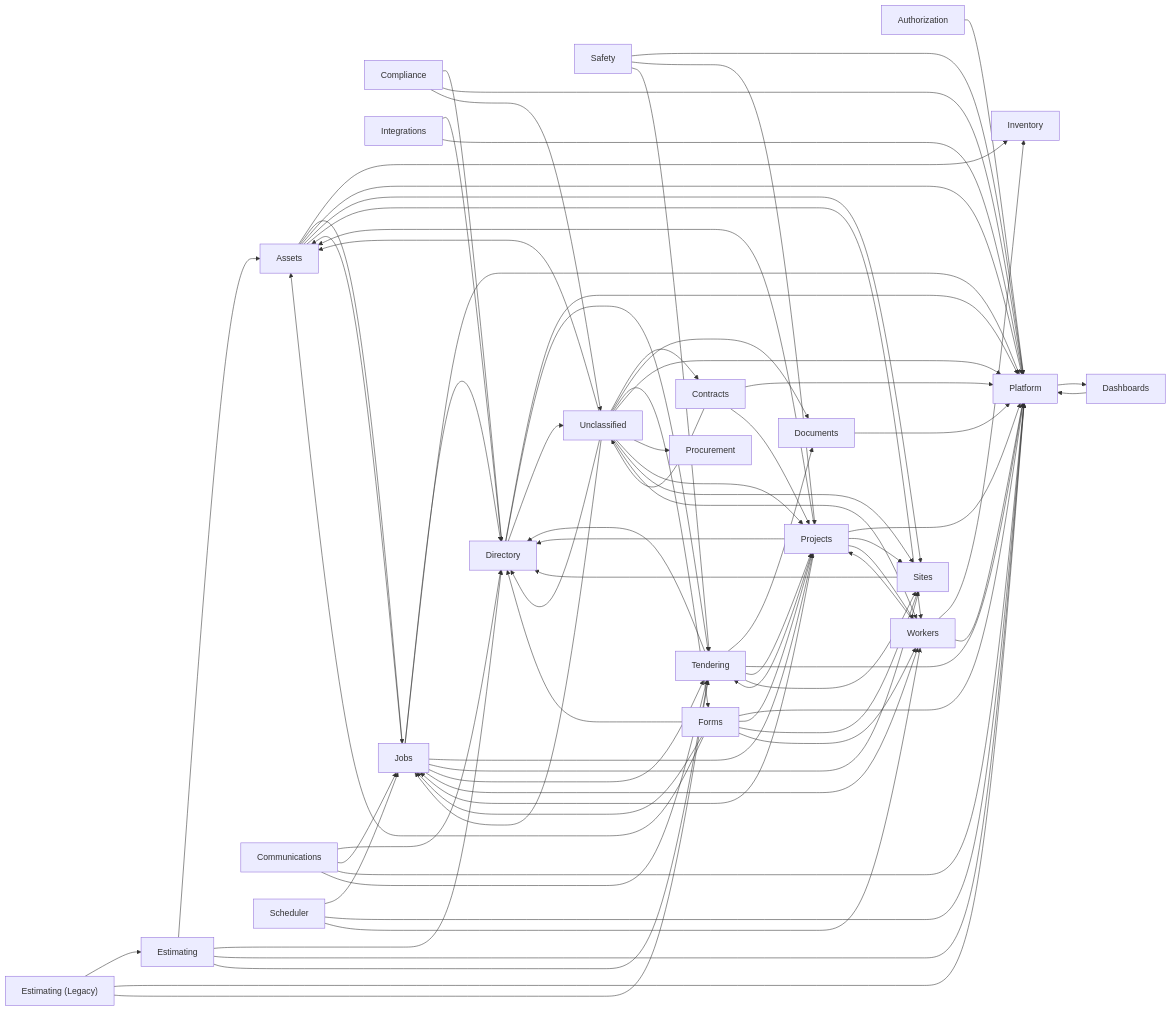
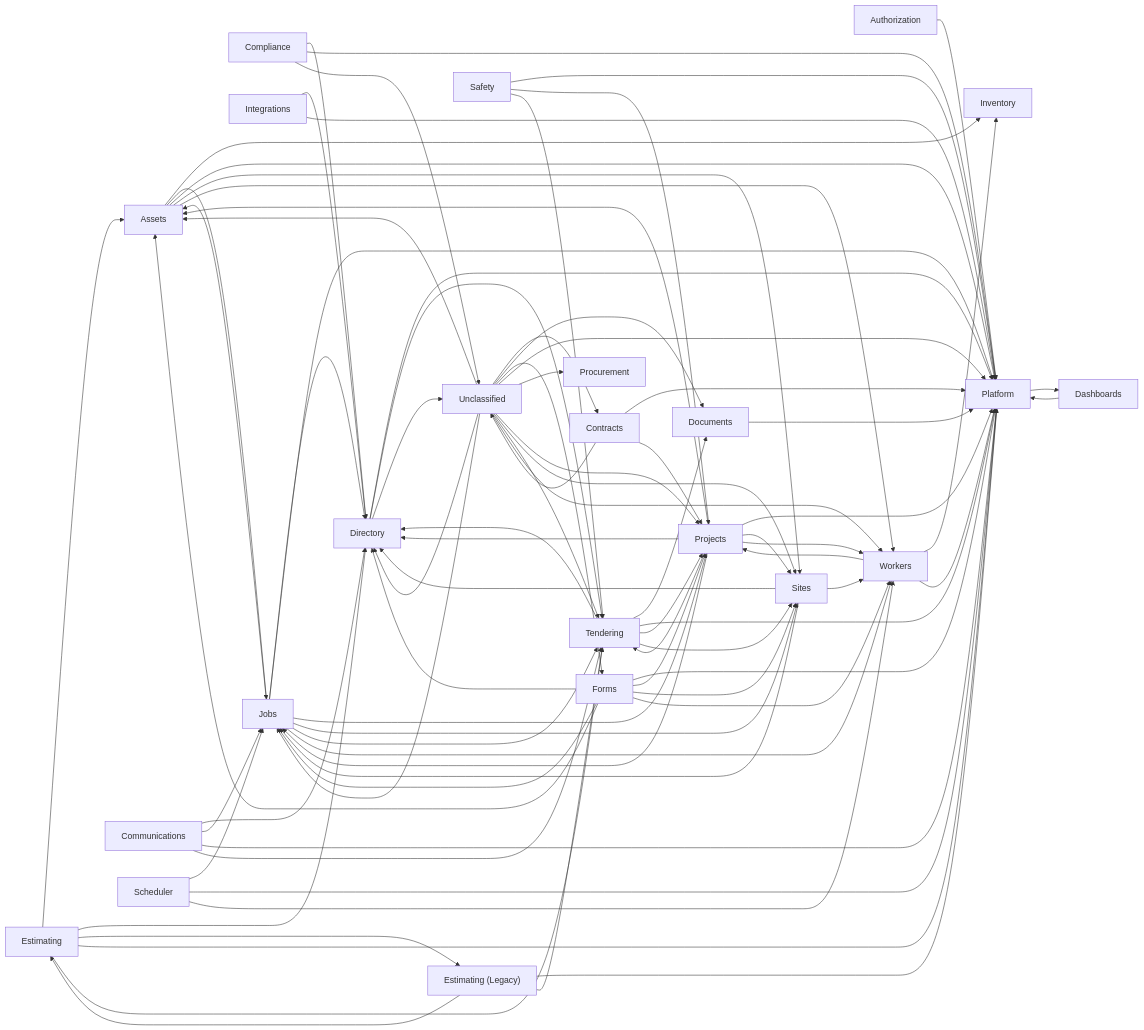
Before and after one commit to GH-Mantova/ProjectOperations: the diagram in sot/04-data-model.md, drawn with Mermaid. The commit also changed other lines of this file, not shown here.

First line of the commit message:
docs(sot-04): re-merge generated data-model section (schema 234→239 models)

```diff
--- a/sot/04-data-model.md
+++ b/sot/04-data-model.md
@@ -116,6 +116,7 @@
   estimating_legacy --> tendering
   estimating --> assets
   estimating --> directory
+  estimating --> estimating_legacy
   estimating --> platform
   estimating --> tendering
   forms --> assets
@@ -149,6 +150,8 @@
   scheduler --> platform
   scheduler --> workers
   sites --> directory
+  sites --> jobs
+  sites --> workers
   tendering --> directory
   tendering --> documents
   tendering --> platform
@@ -164,6 +167,7 @@
   unclassified --> procurement
   unclassified --> projects
   unclassified --> sites
+  unclassified --> tendering
   unclassified --> workers
   workers --> inventory
   workers --> platform
```
